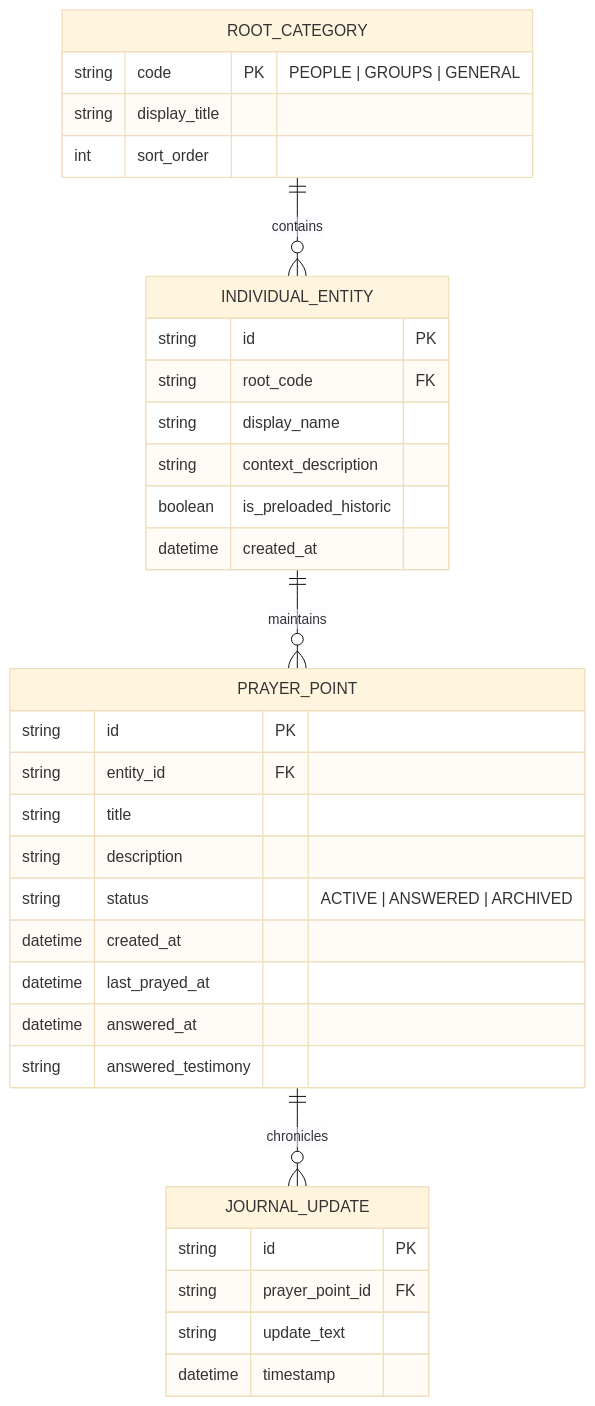
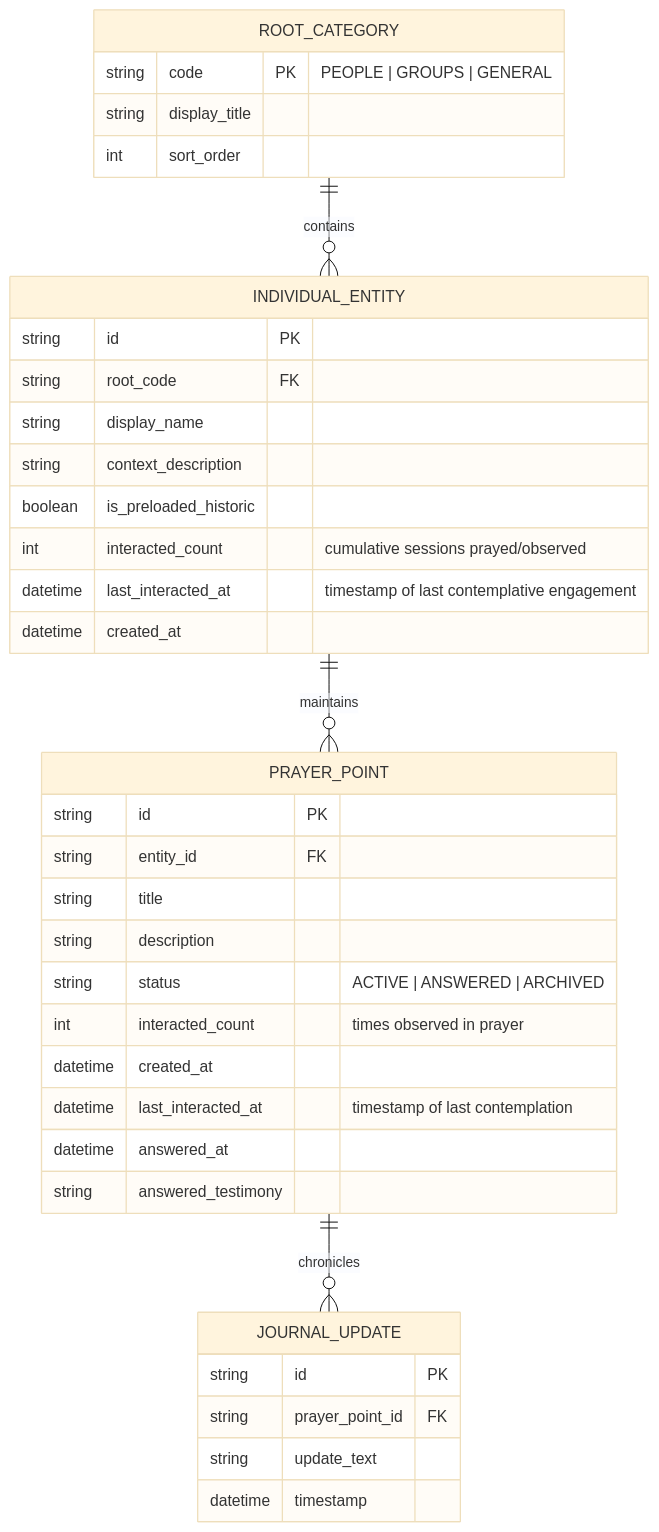
Before and after one commit to iamenianc/Prayer: the first of 2 diagrams in technical.md, drawn with Mermaid (base theme). The commit also changed other lines of this file and 4 other files, not shown here.

Commit message:
Data & Architecture: Retain interaction counts and last dates to balance curated topic contemplation feed

````diff
--- a/technical.md
+++ b/technical.md
@@ -22,37 +22,40 @@
 ```mermaid
 erDiagram
     ROOT_CATEGORY ||--o{ INDIVIDUAL_ENTITY : "contains"
     INDIVIDUAL_ENTITY ||--o{ PRAYER_POINT : "maintains"
     PRAYER_POINT ||--o{ JOURNAL_UPDATE : "chronicles"
 
     ROOT_CATEGORY {
         string code PK "PEOPLE | GROUPS | GENERAL"
         string display_title
         int sort_order
     }
     INDIVIDUAL_ENTITY {
         string id PK
         string root_code FK
         string display_name
         string context_description
         boolean is_preloaded_historic
+        int interacted_count "cumulative sessions prayed/observed"
+        datetime last_interacted_at "timestamp of last contemplative engagement"
         datetime created_at
     }
     PRAYER_POINT {
         string id PK
         string entity_id FK
         string title
         string description
         string status "ACTIVE | ANSWERED | ARCHIVED"
+        int interacted_count "times observed in prayer"
         datetime created_at
-        datetime last_prayed_at
+        datetime last_interacted_at "timestamp of last contemplation"
         datetime answered_at
         string answered_testimony
     }
     JOURNAL_UPDATE {
         string id PK
         string prayer_point_id FK
         string update_text
         datetime timestamp
     }
 ```
````
